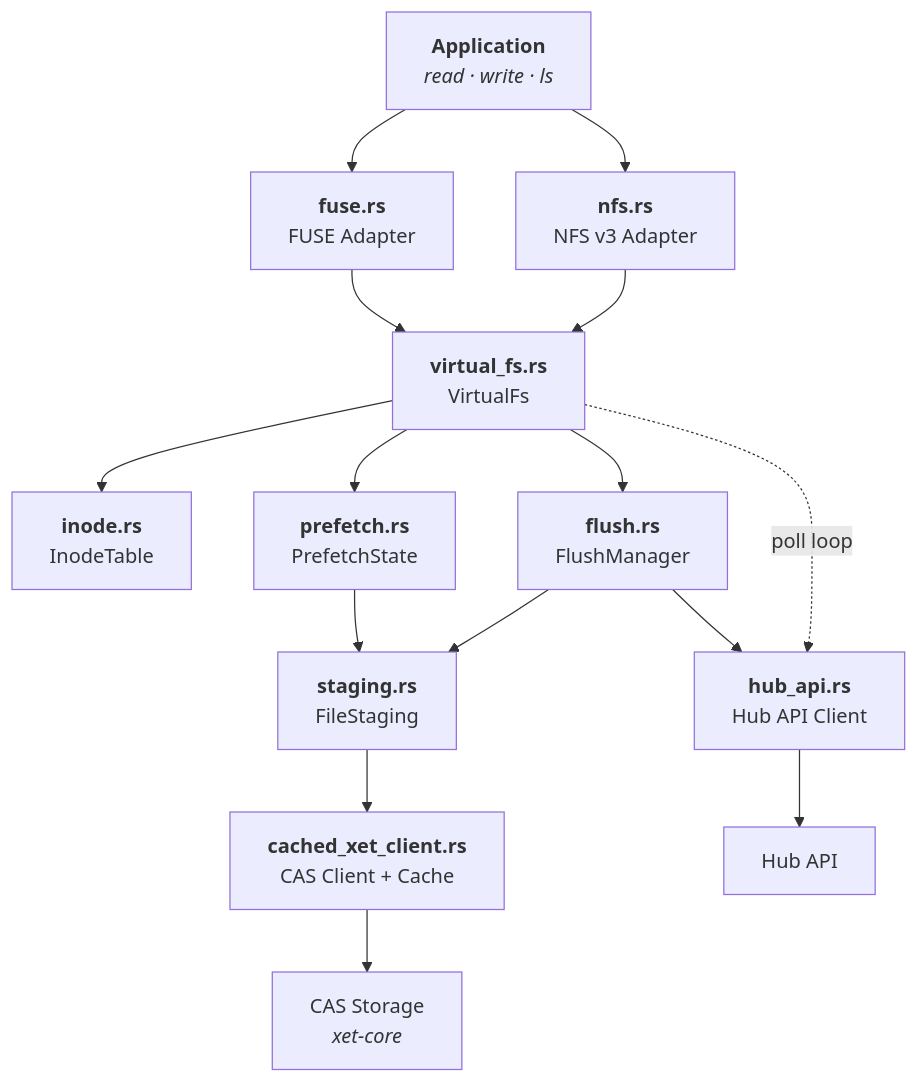
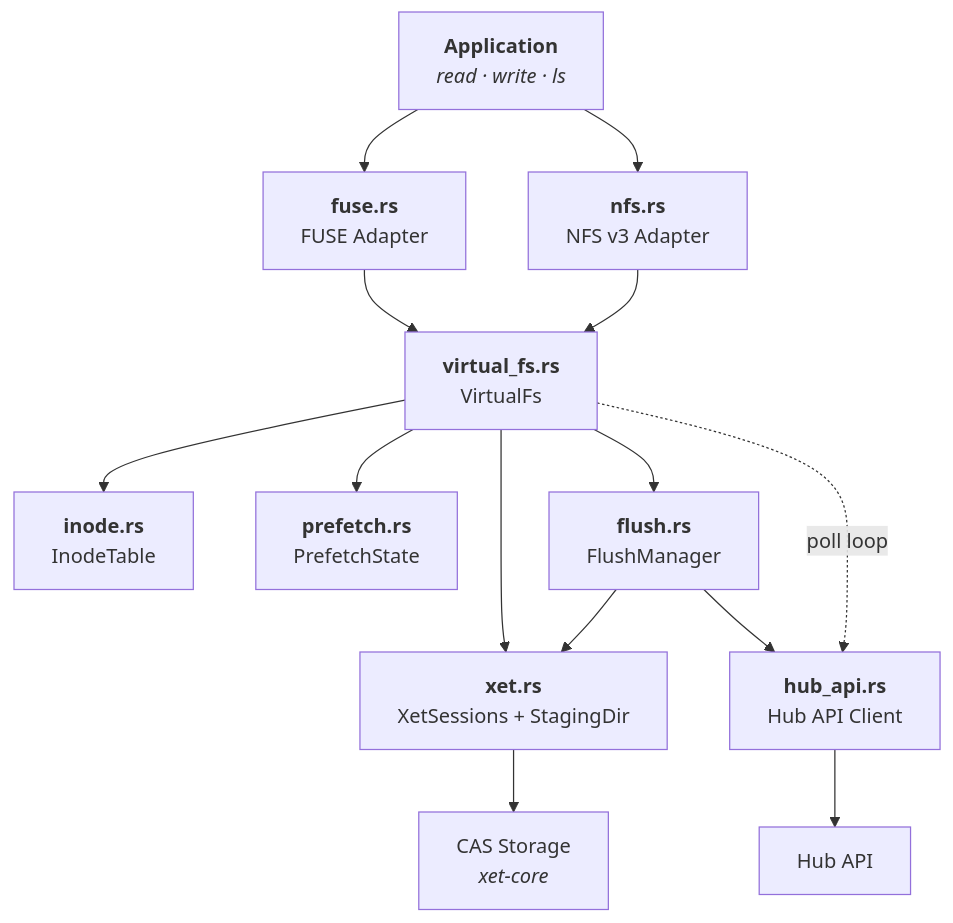
The first of 2 diagrams in README.md (huggingface/hf-mount), drawn with Mermaid before and after one commit. The commit also changed other lines of this file and 5 other files, not shown here.

Commit message:
docs: add transformers example, update architecture diagrams and options table

````diff
--- a/README.md
+++ b/README.md
@@ -132,31 +164,29 @@
 ```mermaid
 graph TD
     APP["<b>Application</b><br/><i>read · write · ls</i>"]
 
     APP --> FUSE & NFS
 
     FUSE["<b>fuse.rs</b><br/>FUSE Adapter"]
     NFS["<b>nfs.rs</b><br/>NFS v3 Adapter"]
 
     FUSE & NFS --> VFS
 
     VFS["<b>virtual_fs.rs</b><br/>VirtualFs"]
 
     VFS --> INODE["<b>inode.rs</b><br/>InodeTable"]
     VFS --> PREFETCH["<b>prefetch.rs</b><br/>PrefetchState"]
     VFS --> FLUSH["<b>flush.rs</b><br/>FlushManager"]
 
-    PREFETCH --> STAGING
-    FLUSH --> STAGING
+    VFS --> XET
+    FLUSH --> XET
     FLUSH --> HUB
 
-    STAGING["<b>staging.rs</b><br/>FileStaging"]
+    XET["<b>xet.rs</b><br/>XetSessions + StagingDir"]
     HUB["<b>hub_api.rs</b><br/>Hub API Client"]
 
-    STAGING --> CC["<b>cached_xet_client.rs</b><br/>CAS Client + Cache"]
-
+    XET --> CAS["CAS Storage<br/><i>xet-core</i>"]
     HUB --> HUB_API["Hub API"]
-    CC --> CAS["CAS Storage<br/><i>xet-core</i>"]
 
     VFS -.->|"poll loop"| HUB
 ```
````
